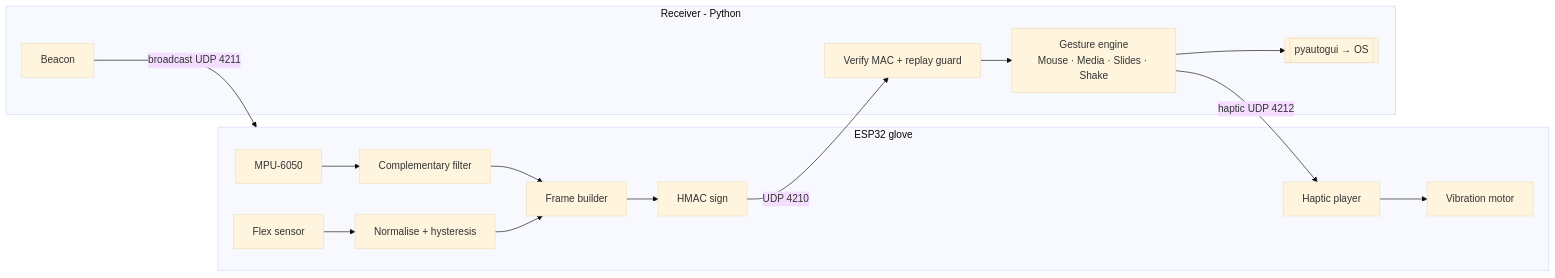
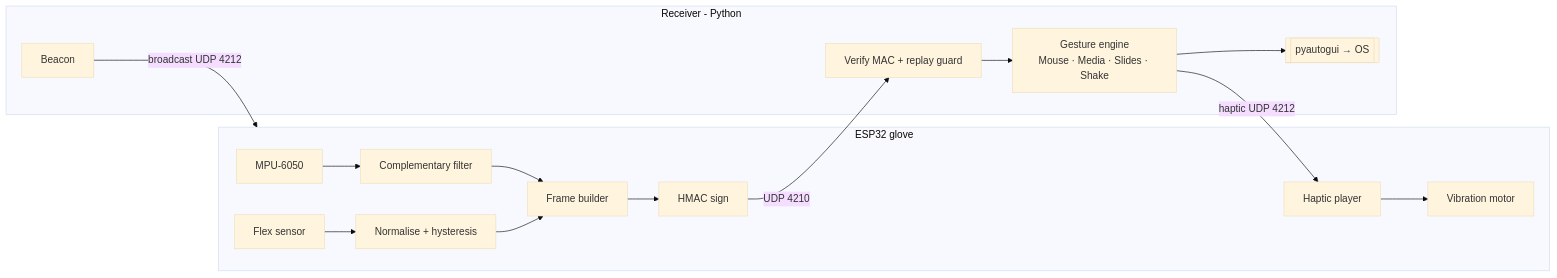
Before and after one commit to shiroonigami23-ui/Omni-Gauntlet: the diagram in README.md, drawn with Mermaid (base theme). The commit also changed other lines of this file and 20 other files, not shown here.

````diff
--- a/README.md
+++ b/README.md
@@ -96,19 +97,19 @@
 ```mermaid
 flowchart LR
   subgraph Glove[ESP32 glove]
     IMU[MPU-6050] --> CF[Complementary filter]
     FLEX[Flex sensor] --> HY[Normalise + hysteresis]
     CF --> FR[Frame builder]
     HY --> FR
     FR --> SIG[HMAC sign]
     HAP[Haptic player] --> MOT[Vibration motor]
   end
   SIG -- UDP 4210 --> V[Verify MAC + replay guard]
   subgraph Host[Receiver - Python]
     V --> GE[Gesture engine<br/>Mouse · Media · Slides · Shake]
     GE --> OS[[pyautogui → OS]]
     BC[Beacon] 
   end
-  BC -- broadcast UDP 4211 --> Glove
+  BC -- broadcast UDP 4212 --> Glove
   GE -- haptic UDP 4212 --> HAP
 ```
````
